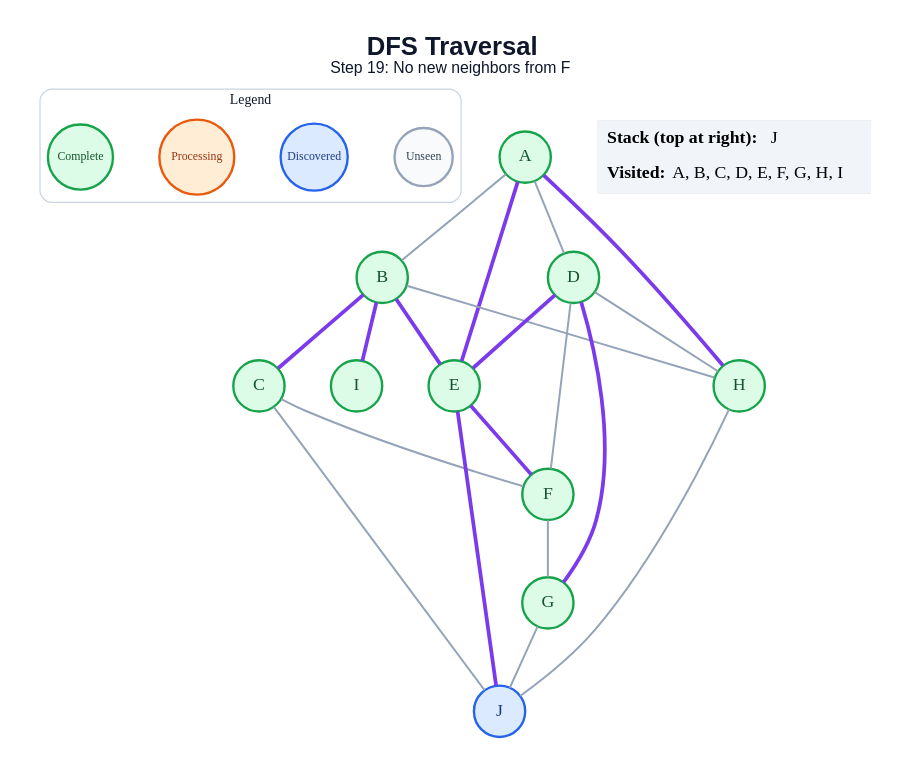
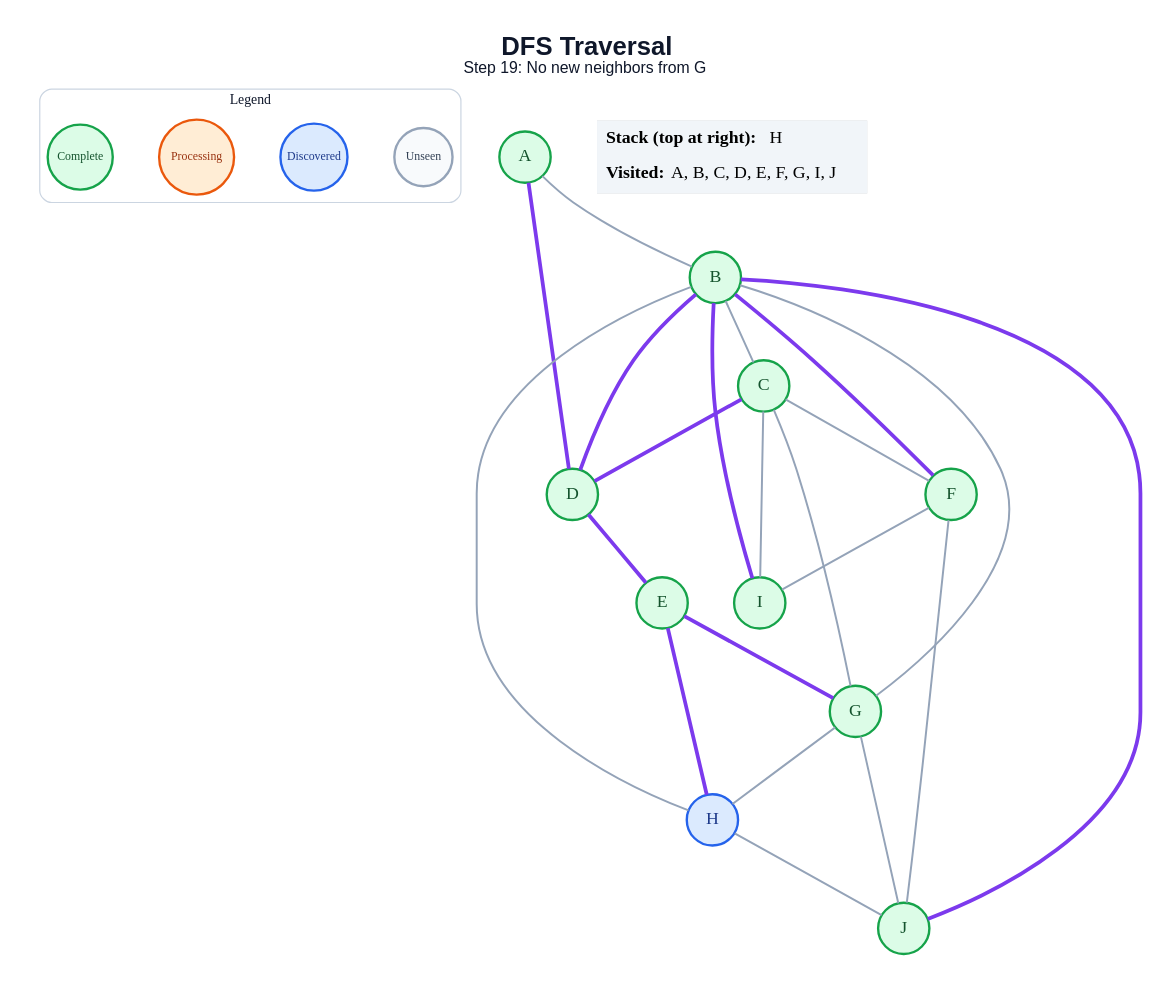
One commit to amanghodawala9/ai-slop changed the diagram in generated/specific-node/dfs/step_19.dot. Above: the diagram before and after it, drawn with Graphviz. The commit also changed 178 other files, not shown here.

```diff
--- a/generated/specific-node/dfs/step_19.dot
+++ b/generated/specific-node/dfs/step_19.dot
@@ -1,48 +1,50 @@
 graph traversal {
   graph [layout=dot, rankdir=TB, bgcolor="#FFFFFF", pad="0.35", nodesep="0.65", ranksep="0.8", fontname="Arial"];
   node [shape=circle, style="filled", fontname="Arial Bold", fontsize=18, width=0.72, fixedsize=true, penwidth=2.4];
   edge [color="#94A3B8", penwidth=2.0];
-  label=<<B>DFS Traversal</B><BR/><FONT POINT-SIZE="16">Step 19: No new neighbors from F</FONT>>; labelloc="t"; fontsize=26; fontname="Arial"; fontcolor="#0F172A";
+  label=<<B>DFS Traversal</B><BR/><FONT POINT-SIZE="16">Step 19: No new neighbors from G</FONT>>; labelloc="t"; fontsize=26; fontname="Arial"; fontcolor="#0F172A";
   subgraph cluster_legend { label="Legend"; color="#CBD5E1"; penwidth=1.2; style="rounded"; fontsize=14; fontname="Arial Bold";
     key_unseen [label="Unseen", fillcolor="#F8FAFC", color="#94A3B8", fontcolor="#334155", fontsize=12, width=0.82];
     key_frontier [label="Discovered", fillcolor="#DBEAFE", color="#2563EB", fontcolor="#1E3A8A", fontsize=12, width=0.95];
     key_current [label="Processing", fillcolor="#FFEDD5", color="#EA580C", fontcolor="#9A3412", fontsize=12, width=1.05];
     key_done [label="Complete", fillcolor="#DCFCE7", color="#16A34A", fontcolor="#14532D", fontsize=12, width=0.92];
     { rank=same; key_unseen; key_frontier; key_current; key_done; }
   }
   A [fillcolor="#DCFCE7", color="#16A34A", fontcolor="#14532D"];
   B [fillcolor="#DCFCE7", color="#16A34A", fontcolor="#14532D"];
   C [fillcolor="#DCFCE7", color="#16A34A", fontcolor="#14532D"];
   D [fillcolor="#DCFCE7", color="#16A34A", fontcolor="#14532D"];
   E [fillcolor="#DCFCE7", color="#16A34A", fontcolor="#14532D"];
   F [fillcolor="#DCFCE7", color="#16A34A", fontcolor="#14532D"];
   G [fillcolor="#DCFCE7", color="#16A34A", fontcolor="#14532D"];
-  H [fillcolor="#DCFCE7", color="#16A34A", fontcolor="#14532D"];
+  H [fillcolor="#DBEAFE", color="#2563EB", fontcolor="#1E3A8A"];
   I [fillcolor="#DCFCE7", color="#16A34A", fontcolor="#14532D"];
-  J [fillcolor="#DBEAFE", color="#2563EB", fontcolor="#1E3A8A"];
+  J [fillcolor="#DCFCE7", color="#16A34A", fontcolor="#14532D"];
   A -- B;
-  A -- D;
-  A -- E [color="#7C3AED", penwidth=3.8];
-  A -- H [color="#7C3AED", penwidth=3.8];
-  B -- C [color="#7C3AED", penwidth=3.8];
-  B -- E [color="#7C3AED", penwidth=3.8];
+  A -- D [color="#7C3AED", penwidth=3.8];
+  B -- C;
+  B -- D [color="#7C3AED", penwidth=3.8];
+  B -- F [color="#7C3AED", penwidth=3.8];
+  B -- G;
   B -- H;
   B -- I [color="#7C3AED", penwidth=3.8];
+  B -- J [color="#7C3AED", penwidth=3.8];
+  C -- D [color="#7C3AED", penwidth=3.8];
   C -- F;
-  C -- J;
+  C -- G;
+  C -- I;
   D -- E [color="#7C3AED", penwidth=3.8];
-  D -- F;
-  D -- G [color="#7C3AED", penwidth=3.8];
-  D -- H;
-  E -- F [color="#7C3AED", penwidth=3.8];
-  E -- J [color="#7C3AED", penwidth=3.8];
-  F -- G;
+  E -- G [color="#7C3AED", penwidth=3.8];
+  E -- H [color="#7C3AED", penwidth=3.8];
+  F -- I;
+  F -- J;
+  G -- H;
   G -- J;
   H -- J;
   status [shape=plain, fixedsize=false, width=0, height=0, margin=0, label=<
     <TABLE BORDER="0" CELLBORDER="0" CELLPADDING="7" BGCOLOR="#F1F5F9">
-      <TR><TD ALIGN="LEFT"><B>Stack (top at right):</B> J</TD></TR>
-      <TR><TD ALIGN="LEFT"><B>Visited:</B> A, B, C, D, E, F, G, H, I</TD></TR>
+      <TR><TD ALIGN="LEFT"><B>Stack (top at right):</B> H</TD></TR>
+      <TR><TD ALIGN="LEFT"><B>Visited:</B> A, B, C, D, E, F, G, I, J</TD></TR>
     </TABLE>
   >];
 }
```
